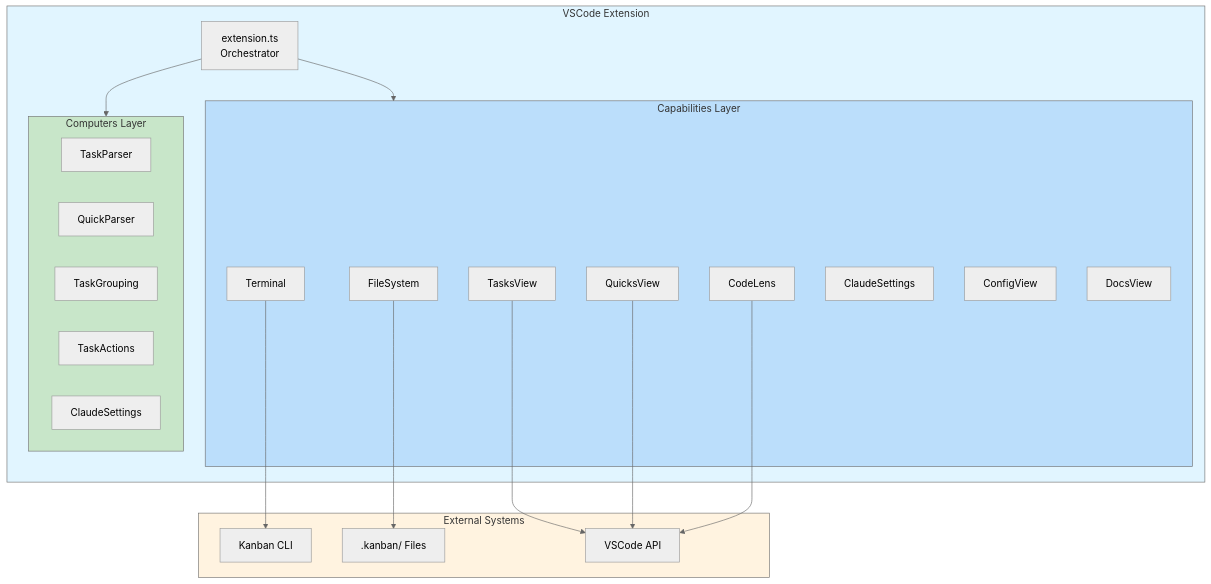
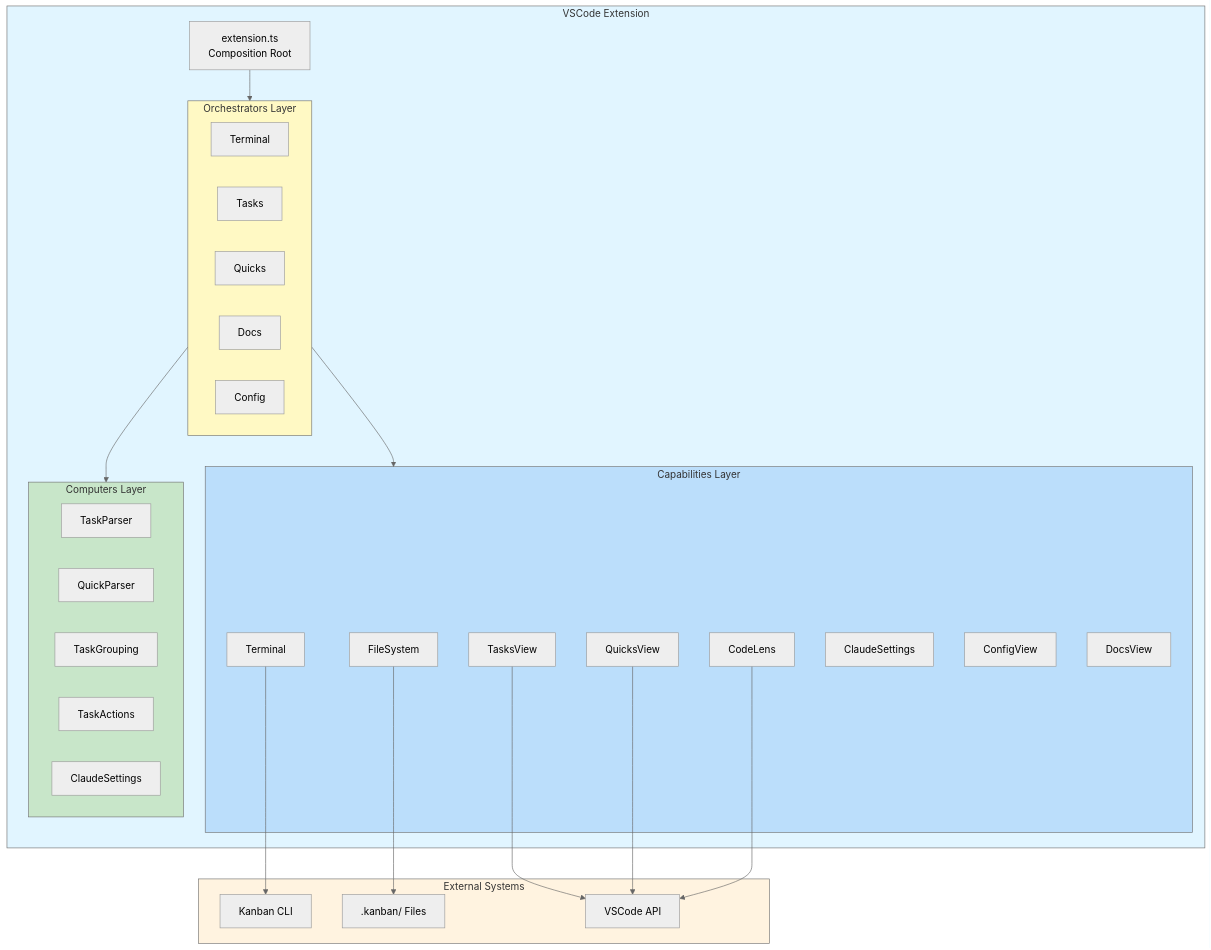
The second of 3 diagrams in .kanban/engineering/systems/vscode-extension/_index.md (mattfletcher94/festinalente), drawn with Mermaid (neutral theme) before and after one commit. The commit also changed other lines of this file and 3 other files, not shown here.

````diff
--- a/.kanban/engineering/systems/vscode-extension/_index.md
+++ b/.kanban/engineering/systems/vscode-extension/_index.md
@@ -222,44 +220,54 @@
 ```mermaid
 graph TB
     subgraph Extension["VSCode Extension"]
-        Orch["extension.ts<br/>Orchestrator"]
+        CR["extension.ts<br/>Composition Root"]
+
+        subgraph Orchestrators["Orchestrators Layer"]
+            TO["Terminal"]
+            TKO["Tasks"]
+            QO["Quicks"]
+            DO["Docs"]
+            CO["Config"]
+        end
 
         subgraph Capabilities["Capabilities Layer"]
             FS["FileSystem"]
             TV["TasksView"]
             QV["QuicksView"]
             Term["Terminal"]
             CL["CodeLens"]
             CS["ClaudeSettings"]
             CV["ConfigView"]
             DV["DocsView"]
         end
 
         subgraph Computers["Computers Layer"]
             TP["TaskParser"]
             QP["QuickParser"]
             TG["TaskGrouping"]
             TA["TaskActions"]
             CSC["ClaudeSettings"]
         end
     end
 
     subgraph External["External Systems"]
         CLI["Kanban CLI"]
         Files[".kanban/ Files"]
         VSCodeAPI["VSCode API"]
     end
 
-    Orch --> Capabilities
-    Orch --> Computers
+    CR --> Orchestrators
+    Orchestrators --> Capabilities
+    Orchestrators --> Computers
     FS --> Files
     TV --> VSCodeAPI
     QV --> VSCodeAPI
     Term --> CLI
     CL --> VSCodeAPI
 
     style Extension fill:#e1f5ff
+    style Orchestrators fill:#fff9c4
     style Capabilities fill:#bbdefb
     style Computers fill:#c8e6c9
     style External fill:#fff3e0
 ```
````
